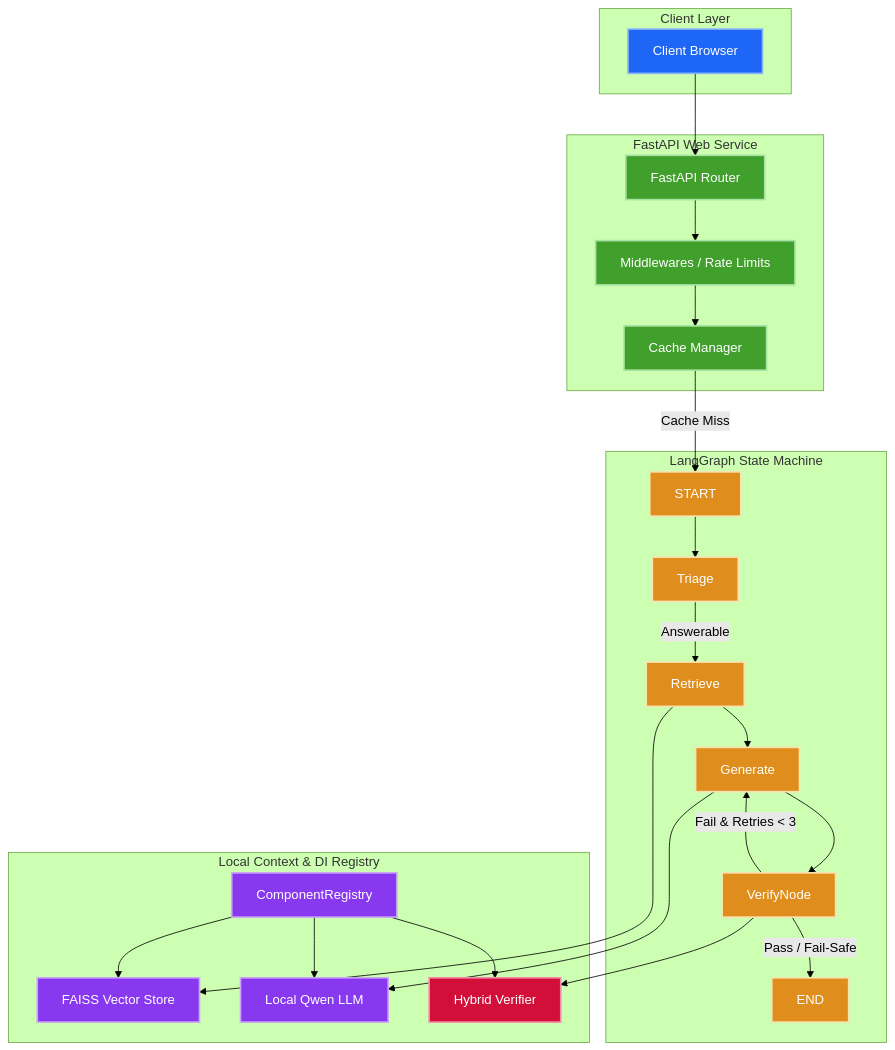
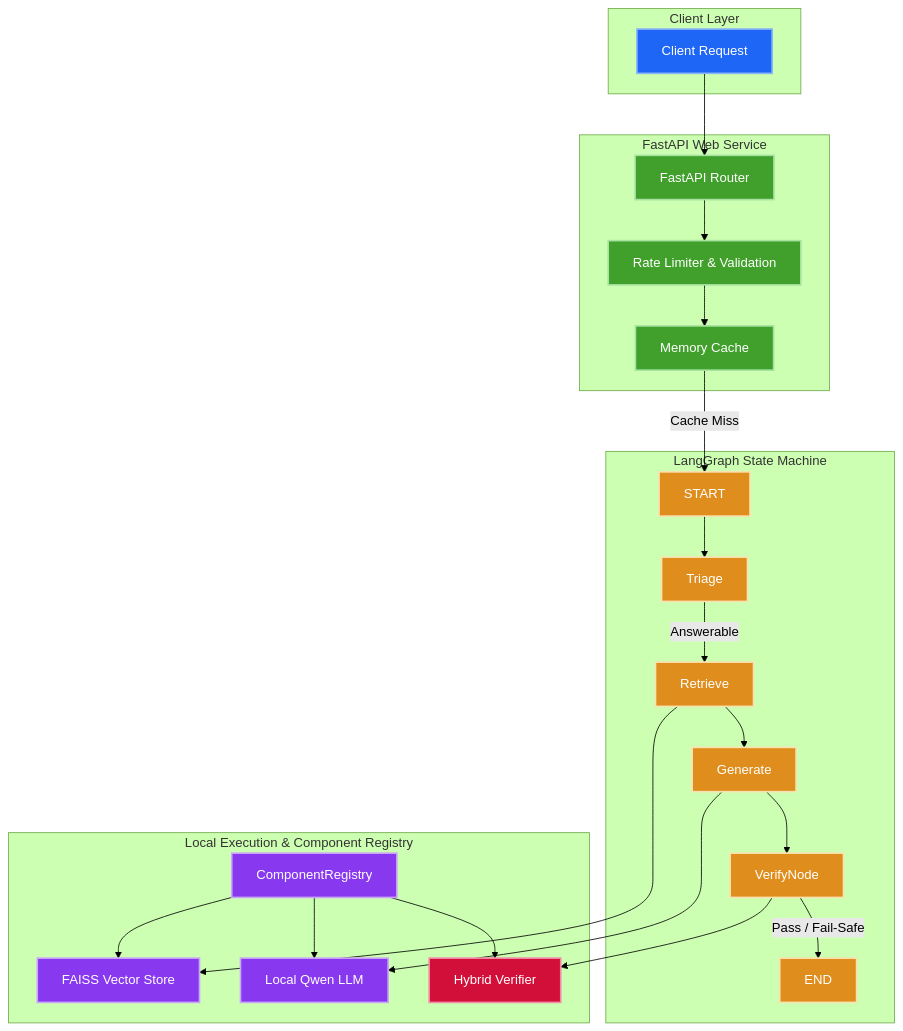
The second of 3 diagrams in README.md (himanshu-jadhav108/AgentFlow-AI), drawn with Mermaid (forest theme) before and after one commit. The commit also changed other lines of this file, not shown here.

Commit message:
docs: overhaul README with product storytelling, visual flows, and engineering highlights

````diff
--- a/README.md
+++ b/README.md
@@ -60,41 +113,40 @@
 ```mermaid
 graph TB;
     classDef styleClient fill:#1E66F5,stroke:#89B4FA,stroke-width:2px,color:#FFFFFF;
     classDef styleApp fill:#40A02B,stroke:#A6E3A1,stroke-width:2px,color:#FFFFFF;
     classDef styleGraph fill:#DF8E1D,stroke:#F9E2AF,stroke-width:2px,color:#FFFFFF;
     classDef styleVerify fill:#D20F39,stroke:#F38BA8,stroke-width:2px,color:#FFFFFF;
     classDef styleRegistry fill:#8839EF,stroke:#CBA6F7,stroke-width:2px,color:#FFFFFF;
 
     subgraph Client Layer
-        U[Client Browser]:::styleClient;
+        U[Client Request]:::styleClient;
     end
 
     subgraph FastAPI Web Service
         API[FastAPI Router]:::styleApp;
-        Middle[Middlewares / Rate Limits]:::styleApp;
-        Cache[Cache Manager]:::styleApp;
+        Middle[Rate Limiter & Validation]:::styleApp;
+        Cache[Memory Cache]:::styleApp;
     end
 
     subgraph LangGraph State Machine
         START:::styleGraph --> Triage:::styleGraph;
         Triage -->|Answerable| Retrieve:::styleGraph;
         Retrieve --> Generate:::styleGraph;
         Generate --> VerifyNode:::styleGraph;
-        VerifyNode -->|Fail & Retries < 3| Generate;
         VerifyNode -->|Pass / Fail-Safe| END:::styleGraph;
     end
 
-    subgraph Local Context & DI Registry
+    subgraph Local Execution & Component Registry
         Registry[ComponentRegistry]:::styleRegistry --> FAISS[FAISS Vector Store]:::styleRegistry;
         Registry --> LLM[Local Qwen LLM]:::styleRegistry;
         Registry --> Verifier[Hybrid Verifier]:::styleVerify;
     end
 
     U --> API;
     API --> Middle;
     Middle --> Cache;
     Cache -->|Cache Miss| START;
     Retrieve --> FAISS;
     Generate --> LLM;
     VerifyNode --> Verifier;
 ```
````
